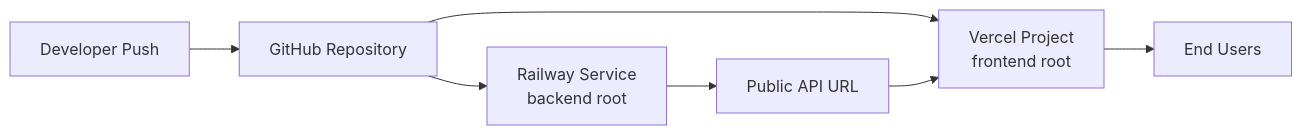
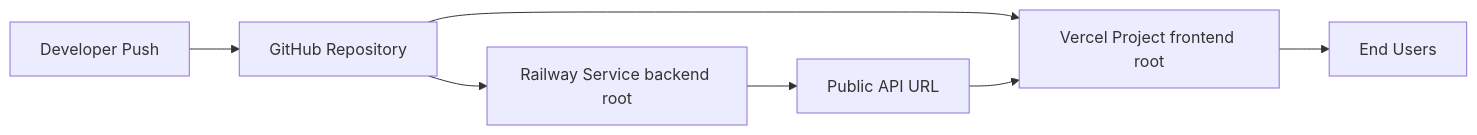
The fourth of 4 diagrams in README.md (luisreindlmeier/techem), drawn with Mermaid before and after one commit. The commit also changed other lines of this file, not shown here.

Commit message:
fixed mermaid

````diff
--- a/README.md
+++ b/README.md
@@ -220,9 +220,9 @@
 ```mermaid
 flowchart LR
    Dev[Developer Push] --> GH[GitHub Repository]
-   GH --> R[Railway Service<br/>backend root]
-   GH --> V[Vercel Project<br/>frontend root]
+   GH --> R[Railway Service backend root]
+   GH --> V[Vercel Project frontend root]
    R --> APIURL[Public API URL]
    APIURL --> V
    V --> Browser[End Users]
 ```
````
